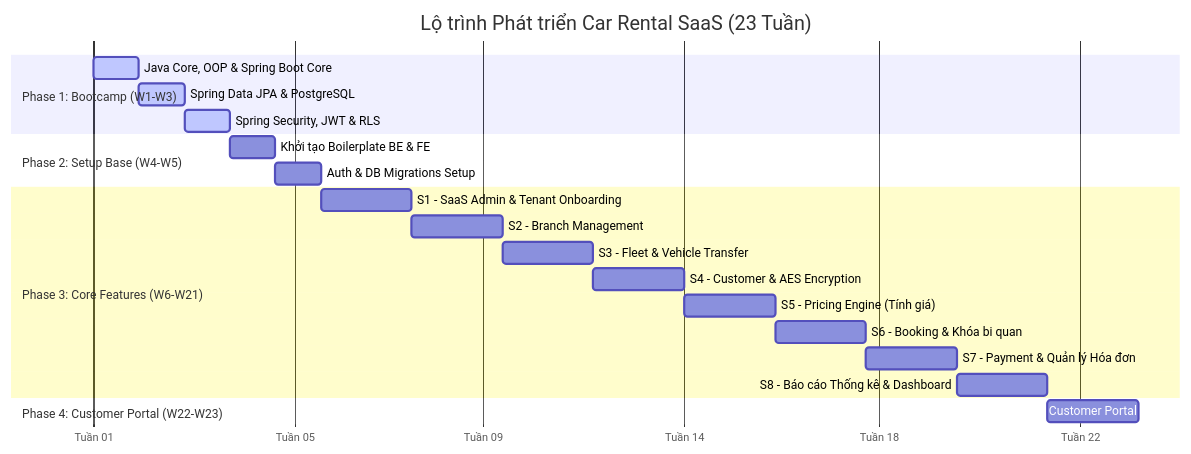
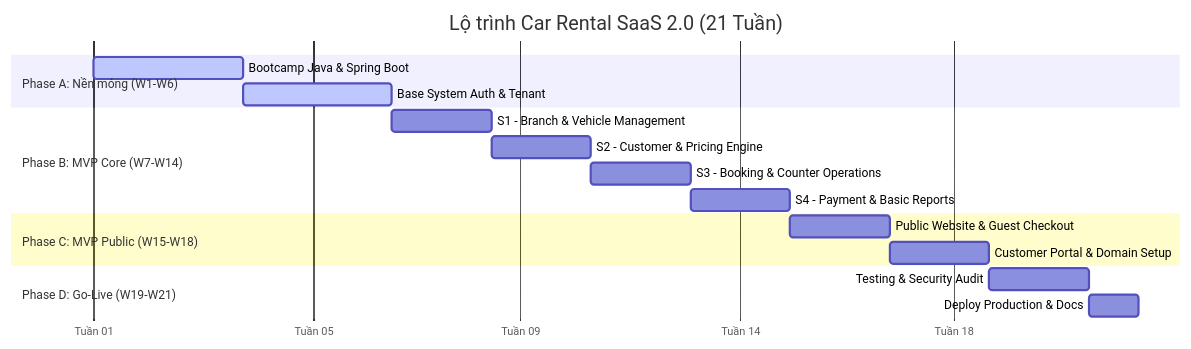
One commit to dinhtuan99/car-rental-backend changed the second of 2 diagrams in docs/Mindmap.md. Above: the diagram before and after it, drawn with Mermaid. The commit also changed other lines of this file and 13 other files, not shown here.

First line of the commit message:
Add technology direction and roadmap restructuring documents for Car Rental SaaS project

````diff
--- a/docs/Mindmap.md
+++ b/docs/Mindmap.md
@@ -52,29 +73,25 @@
 ```mermaid
 gantt
-    title Lộ trình Phát triển Car Rental SaaS (23 Tuần)
+    title Lộ trình Car Rental SaaS 2.0 (21 Tuần)
     dateFormat  YYYY-MM-DD
     axisFormat  Tuần %V
     todayMarker off
-    
-    section Phase 1: Bootcamp (W1-W3)
-    Java Core, OOP & Spring Boot Core   : active, p1_1, 2024-01-01, 1w
-    Spring Data JPA & PostgreSQL        : active, p1_2, after p1_1, 1w
-    Spring Security, JWT & RLS          : active, p1_3, after p1_2, 1w
-    
-    section Phase 2: Setup Base (W4-W5)
-    Khởi tạo Boilerplate BE & FE        : p2_1, after p1_3, 1w
-    Auth & DB Migrations Setup          : p2_2, after p2_1, 1w
-    
-    section Phase 3: Core Features (W6-W21)
-    S1 - SaaS Admin & Tenant Onboarding : p3_1, after p2_2, 2w
-    S2 - Branch Management              : p3_2, after p3_1, 2w
-    S3 - Fleet & Vehicle Transfer       : p3_3, after p3_2, 2w
-    S4 - Customer & AES Encryption      : p3_4, after p3_3, 2w
-    S5 - Pricing Engine (Tính giá)      : p3_5, after p3_4, 2w
-    S6 - Booking & Khóa bi quan         : p3_6, after p3_5, 2w
-    S7 - Payment & Quản lý Hóa đơn      : p3_7, after p3_6, 2w
-    S8 - Báo cáo Thống kê & Dashboard   : p3_8, after p3_7, 2w
-    
-    section Phase 4: Customer Portal (W22-W23)
-    Customer Portal                     : p4_1, after p3_8, 2w
+
+    section Phase A: Nền móng (W1-W6)
+    Bootcamp Java & Spring Boot          : active, pA_1, 2024-01-01, 3w
+    Base System Auth & Tenant            : active, pA_2, after pA_1, 3w
+
+    section Phase B: MVP Core (W7-W14)
+    S1 - Branch & Vehicle Management     : pB_1, after pA_2, 2w
+    S2 - Customer & Pricing Engine       : pB_2, after pB_1, 2w
+    S3 - Booking & Counter Operations    : pB_3, after pB_2, 2w
+    S4 - Payment & Basic Reports         : pB_4, after pB_3, 2w
+
+    section Phase C: MVP Public (W15-W18)
+    Public Website & Guest Checkout      : pC_1, after pB_4, 2w
+    Customer Portal & Domain Setup       : pC_2, after pC_1, 2w
+
+    section Phase D: Go-Live (W19-W21)
+    Testing & Security Audit             : pD_1, after pC_2, 2w
+    Deploy Production & Docs             : pD_2, after pD_1, 1w
 ```
````
